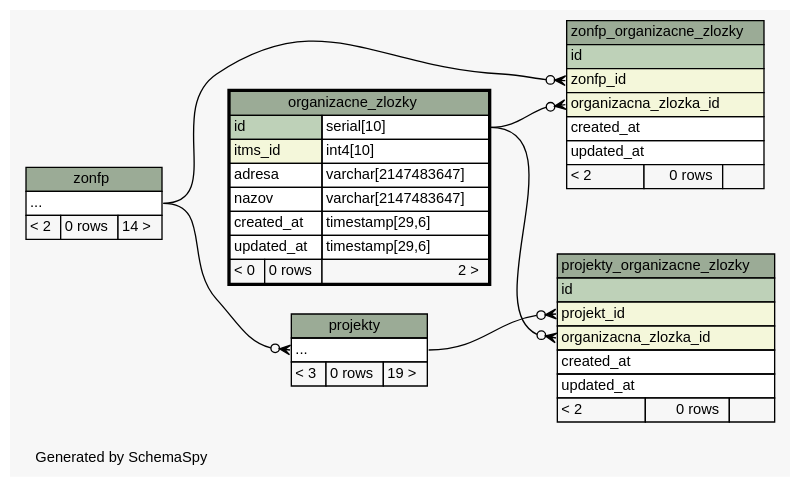
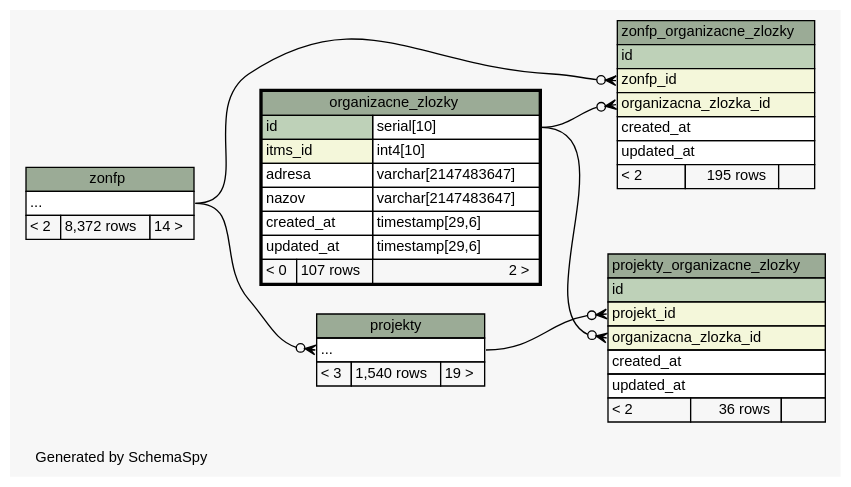
Before and after one commit to eronisko/itms_schema: the diagram in diagrams/organizacne_zlozky.2degrees.dot, drawn with Graphviz. The commit also changed 470 other files, not shown here.

Commit message:
Reload schema data

```diff
--- a/diagrams/organizacne_zlozky.2degrees.dot
+++ b/diagrams/organizacne_zlozky.2degrees.dot
@@ -1,90 +1,90 @@
 // dot 2.38.0 on Linux 4.10.0-38-generic
 // SchemaSpy rev 590
 digraph "twoDegreesRelationshipsDiagram" {
   graph [
     rankdir="RL"
     bgcolor="#f7f7f7"
     label="\nGenerated by SchemaSpy"
     labeljust="l"
     nodesep="0.18"
     ranksep="0.46"
     fontname="Helvetica"
     fontsize="11"
   ];
   node [
     fontname="Helvetica"
     fontsize="11"
     shape="plaintext"
   ];
   edge [
     arrowsize="0.8"
   ];
   "projekty":"elipses":w -> "zonfp":"elipses":e [arrowhead=none dir=back arrowtail=crowodot];
   "projekty_organizacne_zlozky":"organizacna_zlozka_id":w -> "organizacne_zlozky":"id.type":e [arrowhead=none dir=back arrowtail=crowodot];
   "projekty_organizacne_zlozky":"projekt_id":w -> "projekty":"elipses":e [arrowhead=none dir=back arrowtail=crowodot];
   "zonfp_organizacne_zlozky":"organizacna_zlozka_id":w -> "organizacne_zlozky":"id.type":e [arrowhead=none dir=back arrowtail=crowodot];
   "zonfp_organizacne_zlozky":"zonfp_id":w -> "zonfp":"elipses":e [arrowhead=none dir=back arrowtail=crowodot];
   "organizacne_zlozky" [
     label=<
     <TABLE BORDER="2" CELLBORDER="1" CELLSPACING="0" BGCOLOR="#ffffff">
       <TR><TD COLSPAN="3" BGCOLOR="#9bab96" ALIGN="CENTER">organizacne_zlozky</TD></TR>
       <TR><TD PORT="id" COLSPAN="2" BGCOLOR="#bed1b8" ALIGN="LEFT">id</TD><TD PORT="id.type" ALIGN="LEFT">serial[10]</TD></TR>
       <TR><TD PORT="itms_id" COLSPAN="2" BGCOLOR="#f4f7da" ALIGN="LEFT">itms_id</TD><TD PORT="itms_id.type" ALIGN="LEFT">int4[10]</TD></TR>
       <TR><TD PORT="adresa" COLSPAN="2" ALIGN="LEFT">adresa</TD><TD PORT="adresa.type" ALIGN="LEFT">varchar[2147483647]</TD></TR>
       <TR><TD PORT="nazov" COLSPAN="2" ALIGN="LEFT">nazov</TD><TD PORT="nazov.type" ALIGN="LEFT">varchar[2147483647]</TD></TR>
       <TR><TD PORT="created_at" COLSPAN="2" ALIGN="LEFT">created_at</TD><TD PORT="created_at.type" ALIGN="LEFT">timestamp[29,6]</TD></TR>
       <TR><TD PORT="updated_at" COLSPAN="2" ALIGN="LEFT">updated_at</TD><TD PORT="updated_at.type" ALIGN="LEFT">timestamp[29,6]</TD></TR>
-      <TR><TD ALIGN="LEFT" BGCOLOR="#f7f7f7">&lt; 0</TD><TD ALIGN="RIGHT" BGCOLOR="#f7f7f7">0 rows</TD><TD ALIGN="RIGHT" BGCOLOR="#f7f7f7">2 &gt;</TD></TR>
+      <TR><TD ALIGN="LEFT" BGCOLOR="#f7f7f7">&lt; 0</TD><TD ALIGN="RIGHT" BGCOLOR="#f7f7f7">107 rows</TD><TD ALIGN="RIGHT" BGCOLOR="#f7f7f7">2 &gt;</TD></TR>
     </TABLE>>
     URL="organizacne_zlozky.html"
     tooltip="organizacne_zlozky"
   ];
   "projekty" [
     label=<
     <TABLE BORDER="0" CELLBORDER="1" CELLSPACING="0" BGCOLOR="#ffffff">
       <TR><TD COLSPAN="3" BGCOLOR="#9bab96" ALIGN="CENTER">projekty</TD></TR>
       <TR><TD PORT="elipses" COLSPAN="3" ALIGN="LEFT">...</TD></TR>
-      <TR><TD ALIGN="LEFT" BGCOLOR="#f7f7f7">&lt; 3</TD><TD ALIGN="RIGHT" BGCOLOR="#f7f7f7">0 rows</TD><TD ALIGN="RIGHT" BGCOLOR="#f7f7f7">19 &gt;</TD></TR>
+      <TR><TD ALIGN="LEFT" BGCOLOR="#f7f7f7">&lt; 3</TD><TD ALIGN="RIGHT" BGCOLOR="#f7f7f7">1,540 rows</TD><TD ALIGN="RIGHT" BGCOLOR="#f7f7f7">19 &gt;</TD></TR>
     </TABLE>>
     URL="projekty.html"
     tooltip="projekty"
   ];
   "projekty_organizacne_zlozky" [
     label=<
     <TABLE BORDER="0" CELLBORDER="1" CELLSPACING="0" BGCOLOR="#ffffff">
       <TR><TD COLSPAN="3" BGCOLOR="#9bab96" ALIGN="CENTER">projekty_organizacne_zlozky</TD></TR>
       <TR><TD PORT="id" COLSPAN="3" BGCOLOR="#bed1b8" ALIGN="LEFT">id</TD></TR>
       <TR><TD PORT="projekt_id" COLSPAN="3" BGCOLOR="#f4f7da" ALIGN="LEFT">projekt_id</TD></TR>
       <TR><TD PORT="organizacna_zlozka_id" COLSPAN="3" BGCOLOR="#f4f7da" ALIGN="LEFT">organizacna_zlozka_id</TD></TR>
       <TR><TD PORT="created_at" COLSPAN="3" ALIGN="LEFT">created_at</TD></TR>
       <TR><TD PORT="updated_at" COLSPAN="3" ALIGN="LEFT">updated_at</TD></TR>
-      <TR><TD ALIGN="LEFT" BGCOLOR="#f7f7f7">&lt; 2</TD><TD ALIGN="RIGHT" BGCOLOR="#f7f7f7">0 rows</TD><TD ALIGN="RIGHT" BGCOLOR="#f7f7f7">  </TD></TR>
+      <TR><TD ALIGN="LEFT" BGCOLOR="#f7f7f7">&lt; 2</TD><TD ALIGN="RIGHT" BGCOLOR="#f7f7f7">36 rows</TD><TD ALIGN="RIGHT" BGCOLOR="#f7f7f7">  </TD></TR>
     </TABLE>>
     URL="projekty_organizacne_zlozky.html"
     tooltip="projekty_organizacne_zlozky"
   ];
   "zonfp" [
     label=<
     <TABLE BORDER="0" CELLBORDER="1" CELLSPACING="0" BGCOLOR="#ffffff">
       <TR><TD COLSPAN="3" BGCOLOR="#9bab96" ALIGN="CENTER">zonfp</TD></TR>
       <TR><TD PORT="elipses" COLSPAN="3" ALIGN="LEFT">...</TD></TR>
-      <TR><TD ALIGN="LEFT" BGCOLOR="#f7f7f7">&lt; 2</TD><TD ALIGN="RIGHT" BGCOLOR="#f7f7f7">0 rows</TD><TD ALIGN="RIGHT" BGCOLOR="#f7f7f7">14 &gt;</TD></TR>
+      <TR><TD ALIGN="LEFT" BGCOLOR="#f7f7f7">&lt; 2</TD><TD ALIGN="RIGHT" BGCOLOR="#f7f7f7">8,372 rows</TD><TD ALIGN="RIGHT" BGCOLOR="#f7f7f7">14 &gt;</TD></TR>
     </TABLE>>
     URL="zonfp.html"
     tooltip="zonfp"
   ];
   "zonfp_organizacne_zlozky" [
     label=<
     <TABLE BORDER="0" CELLBORDER="1" CELLSPACING="0" BGCOLOR="#ffffff">
       <TR><TD COLSPAN="3" BGCOLOR="#9bab96" ALIGN="CENTER">zonfp_organizacne_zlozky</TD></TR>
       <TR><TD PORT="id" COLSPAN="3" BGCOLOR="#bed1b8" ALIGN="LEFT">id</TD></TR>
       <TR><TD PORT="zonfp_id" COLSPAN="3" BGCOLOR="#f4f7da" ALIGN="LEFT">zonfp_id</TD></TR>
       <TR><TD PORT="organizacna_zlozka_id" COLSPAN="3" BGCOLOR="#f4f7da" ALIGN="LEFT">organizacna_zlozka_id</TD></TR>
       <TR><TD PORT="created_at" COLSPAN="3" ALIGN="LEFT">created_at</TD></TR>
       <TR><TD PORT="updated_at" COLSPAN="3" ALIGN="LEFT">updated_at</TD></TR>
-      <TR><TD ALIGN="LEFT" BGCOLOR="#f7f7f7">&lt; 2</TD><TD ALIGN="RIGHT" BGCOLOR="#f7f7f7">0 rows</TD><TD ALIGN="RIGHT" BGCOLOR="#f7f7f7">  </TD></TR>
+      <TR><TD ALIGN="LEFT" BGCOLOR="#f7f7f7">&lt; 2</TD><TD ALIGN="RIGHT" BGCOLOR="#f7f7f7">195 rows</TD><TD ALIGN="RIGHT" BGCOLOR="#f7f7f7">  </TD></TR>
     </TABLE>>
     URL="zonfp_organizacne_zlozky.html"
     tooltip="zonfp_organizacne_zlozky"
   ];
 }
```
